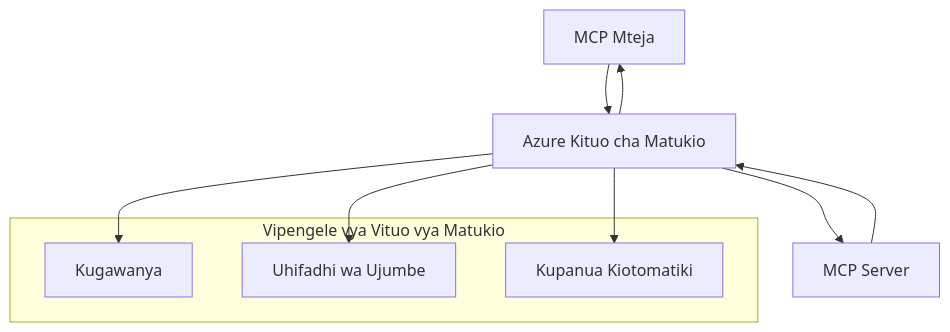
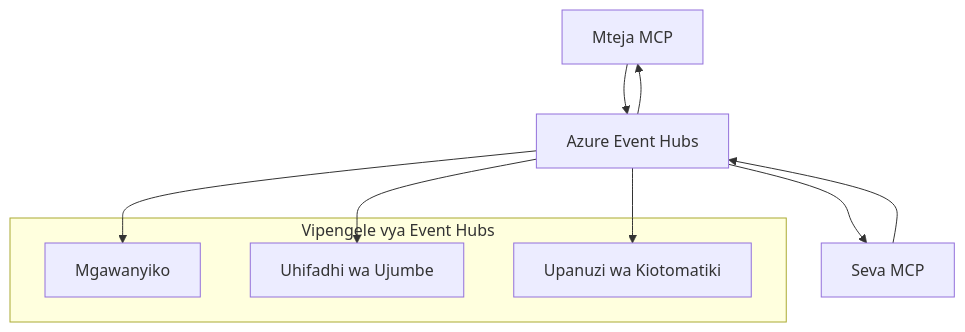
The second of 2 diagrams in mcp_ecosystem__model_context_protocol/mcp_learning_resources/mcp-for-beginners/translations/sw/05-AdvancedTopics/mcp-transport/README.md (HIDORAKAI002/ai-workspace-archive), drawn with Mermaid before and after one commit. The commit also changed other lines of this file and 1046 other files, not shown here.

````diff
--- a/mcp_ecosystem__model_context_protocol/mcp_learning_resources/mcp-for-beginners/translations/sw/05-AdvancedTopics/mcp-transport/README.md
+++ b/mcp_ecosystem__model_context_protocol/mcp_learning_resources/mcp-for-beginners/translations/sw/05-AdvancedTopics/mcp-transport/README.md
@@ -270,17 +272,17 @@
 ```mermaid
 graph TB
-    Client[MCP Mteja] --> EH[Azure Kituo cha Matukio]
-    EH --> Server[MCP Server]
+    Client[Mteja MCP] --> EH[Azure Event Hubs]
+    EH --> Server[Seva MCP]
     Server --> EH
     EH --> Client
     
-    subgraph "Vipengele vya Vituo vya Matukio"
-        Partition[Kugawanya]
+    subgraph "Vipengele vya Event Hubs"
+        Partition[Mgawanyiko]
         Retention[Uhifadhi wa Ujumbe]
-        Scaling[Kupanua Kiotomatiki]
+        Scaling[Upanuzi wa Kiotomatiki]
     end
     
     EH --> Partition
     EH --> Retention
     EH --> Scaling
 ```
````
